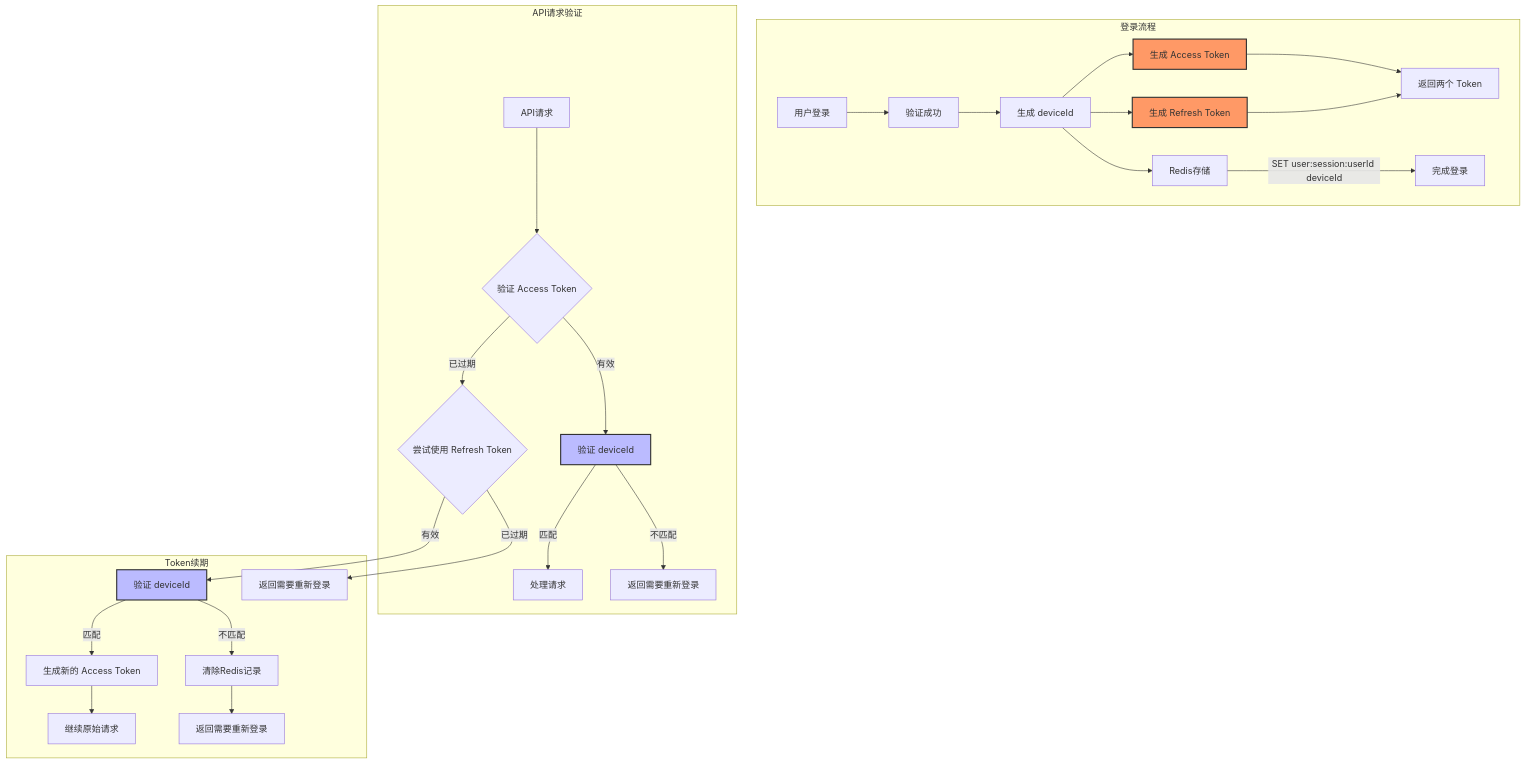
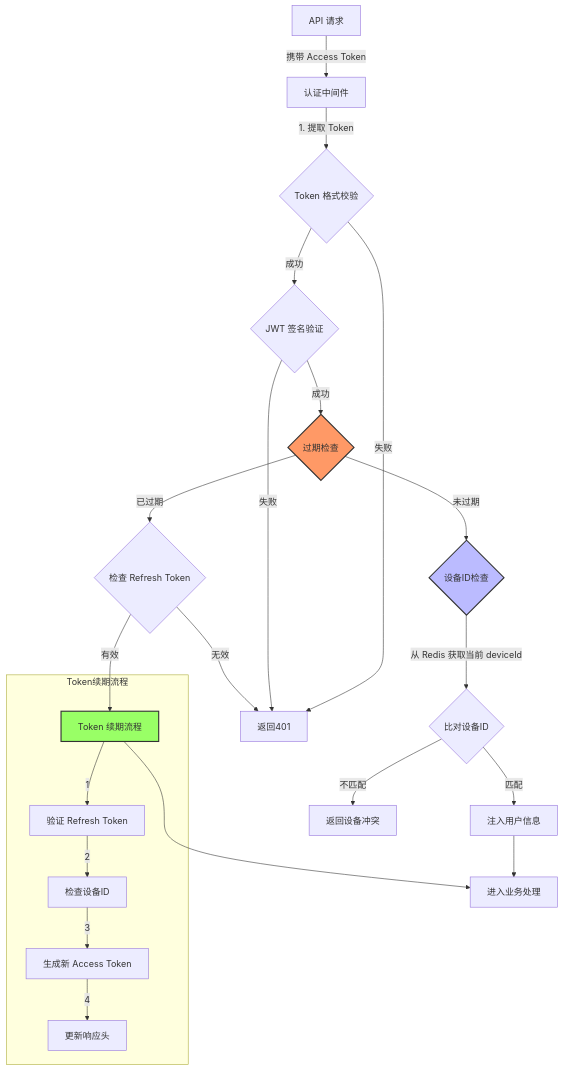
One commit to yingjianzh/iodraw-files changed the diagram in all/未命名-12.md. Above: the diagram before and after it, drawn with Mermaid.

Commit message:
2025-01-02 15:57:32 update

````diff
--- a/all/未命名-12.md
+++ b/all/未命名-12.md
@@ -1,35 +1,36 @@
 ```mermaid
 flowchart TD
-    subgraph 登录流程
-    A[用户登录] --> B[验证成功]
-    B --> C[生成 deviceId]
-    C --> D[生成 Access Token]
-    C --> E[生成 Refresh Token]
-    D --> F[返回两个 Token]
-    E --> F
-    C --> G[Redis存储]
-    G -->|SET user:session:userId deviceId| H[完成登录]
+    A[API 请求] -->|携带 Access Token| B[认证中间件]
+    
+    B -->|1. 提取 Token| C{Token 格式校验}
+    C -->|失败| D[返回401]
+    
+    C -->|成功| E{JWT 签名验证}
+    E -->|失败| D
+    
+    E -->|成功| F{过期检查}
+    F -->|已过期| G{检查 Refresh Token}
+    
+    G -->|有效| H[Token 续期流程]
+    G -->|无效| D
+    
+    F -->|未过期| I{设备ID检查}
+    I -->|从 Redis 获取当前 deviceId| J{比对设备ID}
+    
+    J -->|不匹配| K[返回设备冲突]
+    J -->|匹配| L[注入用户信息]
+    
+    L --> M[进入业务处理]
+    H --> M
+    
+    subgraph Token续期流程
+    H -->|1| N[验证 Refresh Token]
+    N -->|2| O[检查设备ID]
+    O -->|3| P[生成新 Access Token]
+    P -->|4| Q[更新响应头]
     end
 
-    subgraph API请求验证
-    I[API请求] --> J{验证 Access Token}
-    J -->|有效| K[验证 deviceId]
-    K -->|匹配| L[处理请求]
-    K -->|不匹配| M[返回需要重新登录]
-    J -->|已过期| N{尝试使用 Refresh Token}
-    end
-    
-    subgraph Token续期
-    N -->|有效| O[验证 deviceId]
-    O -->|匹配| P[生成新的 Access Token]
-    P --> Q[继续原始请求]
-    O -->|不匹配| R[清除Redis记录]
-    R --> S[返回需要重新登录]
-    N -->|已过期| T[返回需要重新登录]
-    end
-
-    style D fill:#f96,stroke:#333,stroke-width:2px
-    style E fill:#f96,stroke:#333,stroke-width:2px
-    style K fill:#bbf,stroke:#333,stroke-width:2px
-    style O fill:#bbf,stroke:#333,stroke-width:2px
+    style F fill:#f96,stroke:#333,stroke-width:2px
+    style I fill:#bbf,stroke:#333,stroke-width:2px
+    style H fill:#9f6,stroke:#333,stroke-width:2px
 ```
````
